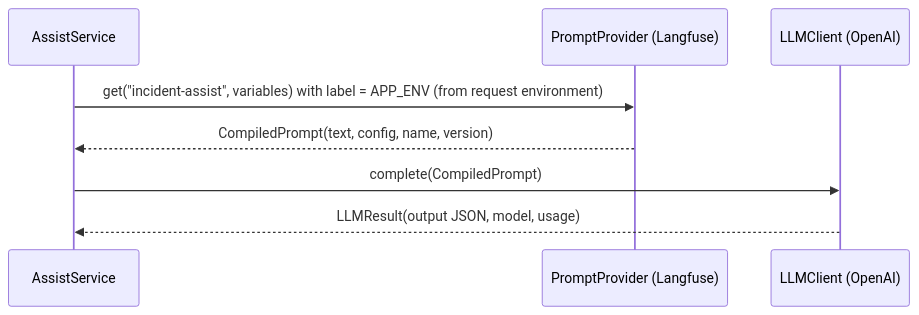
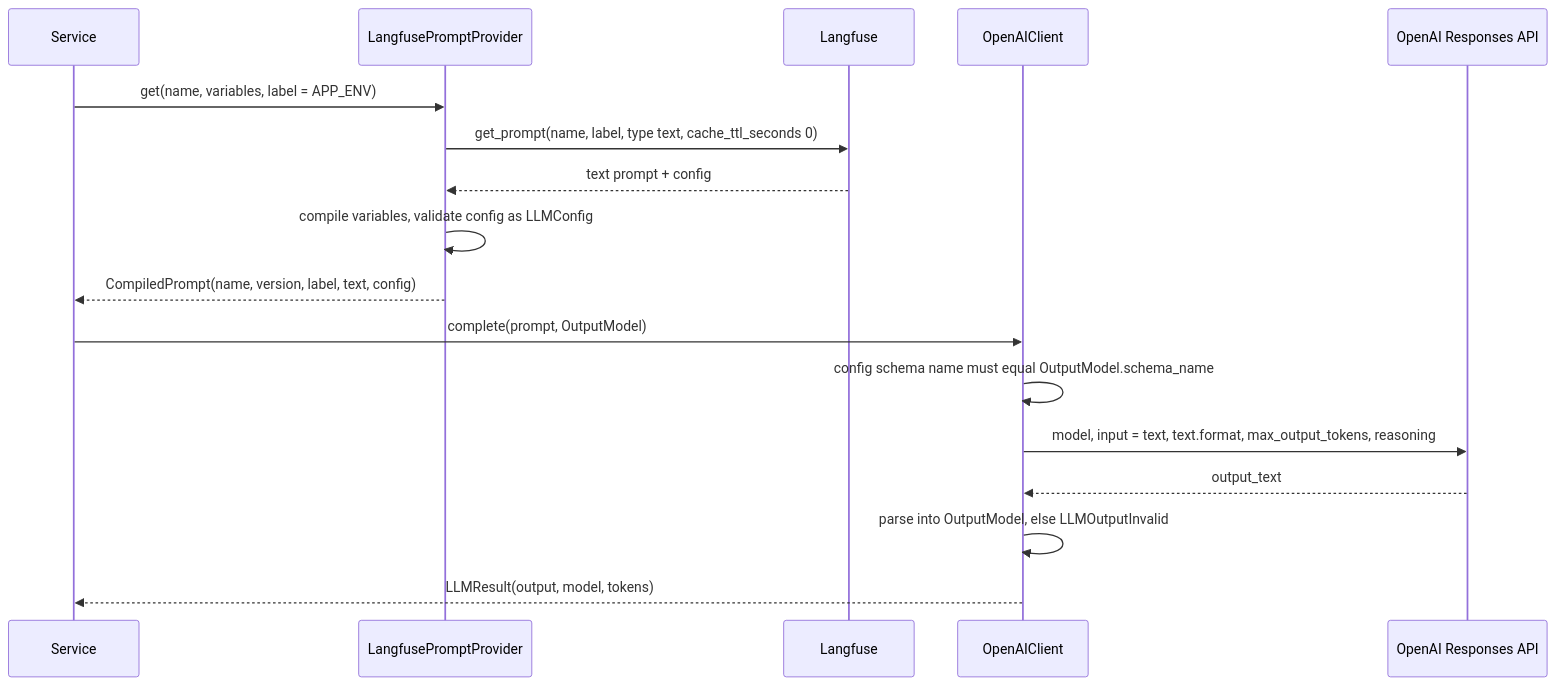
The ninth of 9 diagrams in architecture.md (gustavomoises/dayforce), drawn with Mermaid before and after one commit. The commit also changed other lines of this file and 25 other files, not shown here.

Commit message:
task 8: README, PROMPTS, AI-NOTES, TRADEOFFS, live tests, Postman, synced architecture docs; remove pre-task leftovers

````diff
--- a/architecture.md
+++ b/architecture.md
@@ -269,10 +370,19 @@
 ```mermaid
 sequenceDiagram
-    participant S as AssistService
-    participant P as PromptProvider (Langfuse)
-    participant O as LLMClient (OpenAI)
-    S->>P: get("incident-assist", variables) with label = APP_ENV (from request environment)
-    P-->>S: CompiledPrompt(text, config, name, version)
-    S->>O: complete(CompiledPrompt)
-    O-->>S: LLMResult(output JSON, model, usage)
+    participant S as Service
+    participant P as LangfusePromptProvider
+    participant LF as Langfuse
+    participant O as OpenAIClient
+    participant AI as OpenAI Responses API
+    S->>P: get(name, variables, label = APP_ENV)
+    P->>LF: get_prompt(name, label, type text, cache_ttl_seconds 0)
+    LF-->>P: text prompt + config
+    P->>P: compile variables, validate config as LLMConfig
+    P-->>S: CompiledPrompt(name, version, label, text, config)
+    S->>O: complete(prompt, OutputModel)
+    O->>O: config schema name must equal OutputModel.schema_name
+    O->>AI: model, input = text, text.format, max_output_tokens, reasoning
+    AI-->>O: output_text
+    O->>O: parse into OutputModel, else LLMOutputInvalid
+    O-->>S: LLMResult(output, model, tokens)
 ```
````
